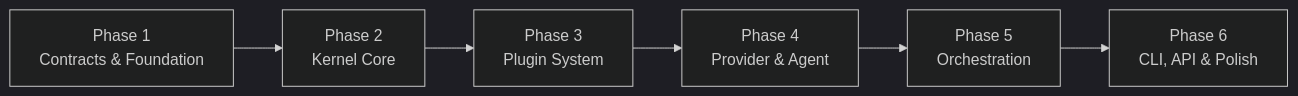
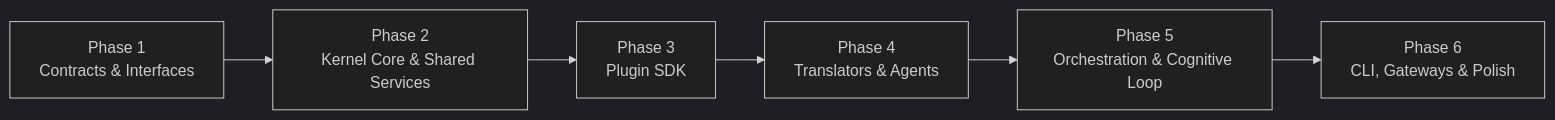
One commit to tiendat1751998/orchestrator changed the diagram in docs/implementation_plan.md. Above: the diagram before and after it, drawn with Mermaid (dark theme). The commit also changed other lines of this file and 784 other files, not shown here.

Commit message:
Phase 3: SDK Developer Helpers implementation (26 micro-tasks)

````diff
--- a/docs/implementation_plan.md
+++ b/docs/implementation_plan.md
@@ -17,8 +17,8 @@
 ```mermaid
 graph LR
-    P1["Phase 1<br/>Contracts & Foundation"] --> P2["Phase 2<br/>Kernel Core"]
-    P2 --> P3["Phase 3<br/>Plugin System"]
-    P3 --> P4["Phase 4<br/>Provider & Agent"]
-    P4 --> P5["Phase 5<br/>Orchestration"]
-    P5 --> P6["Phase 6<br/>CLI, API & Polish"]
+    P1["Phase 1<br/>Contracts & Interfaces"] --> P2["Phase 2<br/>Kernel Core & Shared Services"]
+    P2 --> P3["Phase 3<br/>Plugin SDK"]
+    P3 --> P4["Phase 4<br/>Translators & Agents"]
+    P4 --> P5["Phase 5<br/>Orchestration & Cognitive Loop"]
+    P5 --> P6["Phase 6<br/>CLI, Gateways & Polish"]
 ```
````
